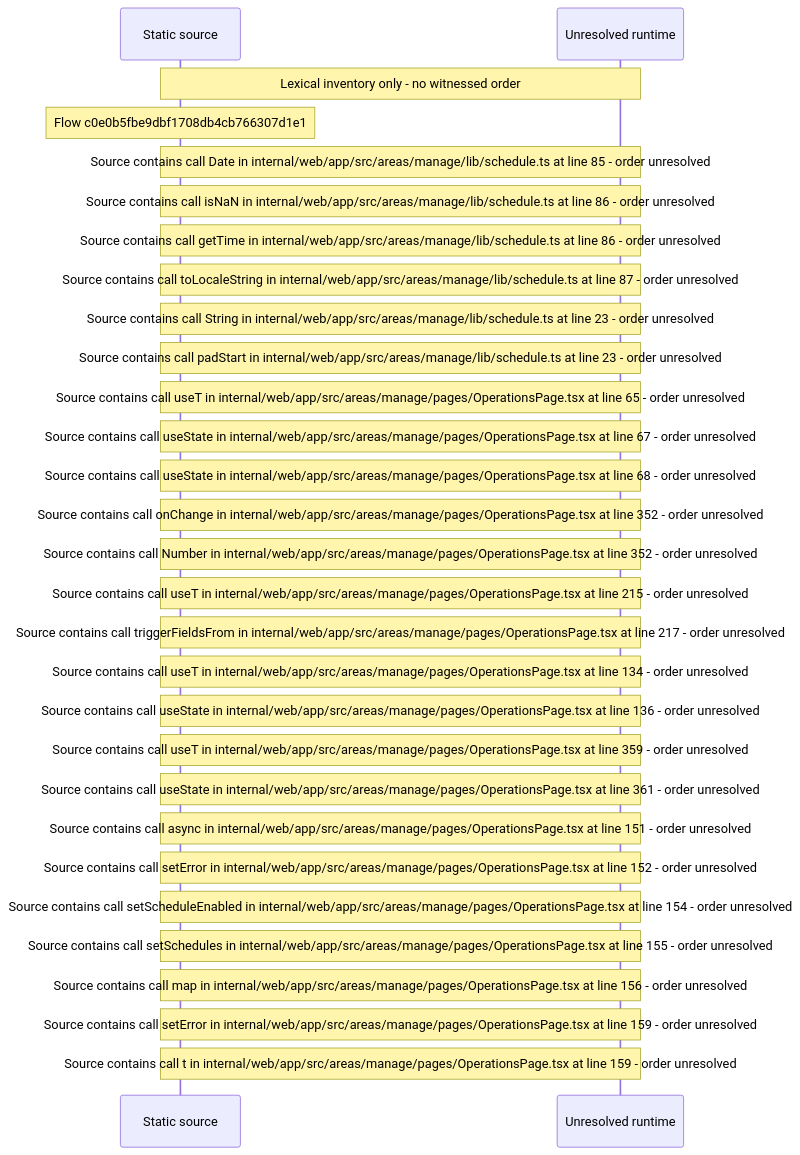
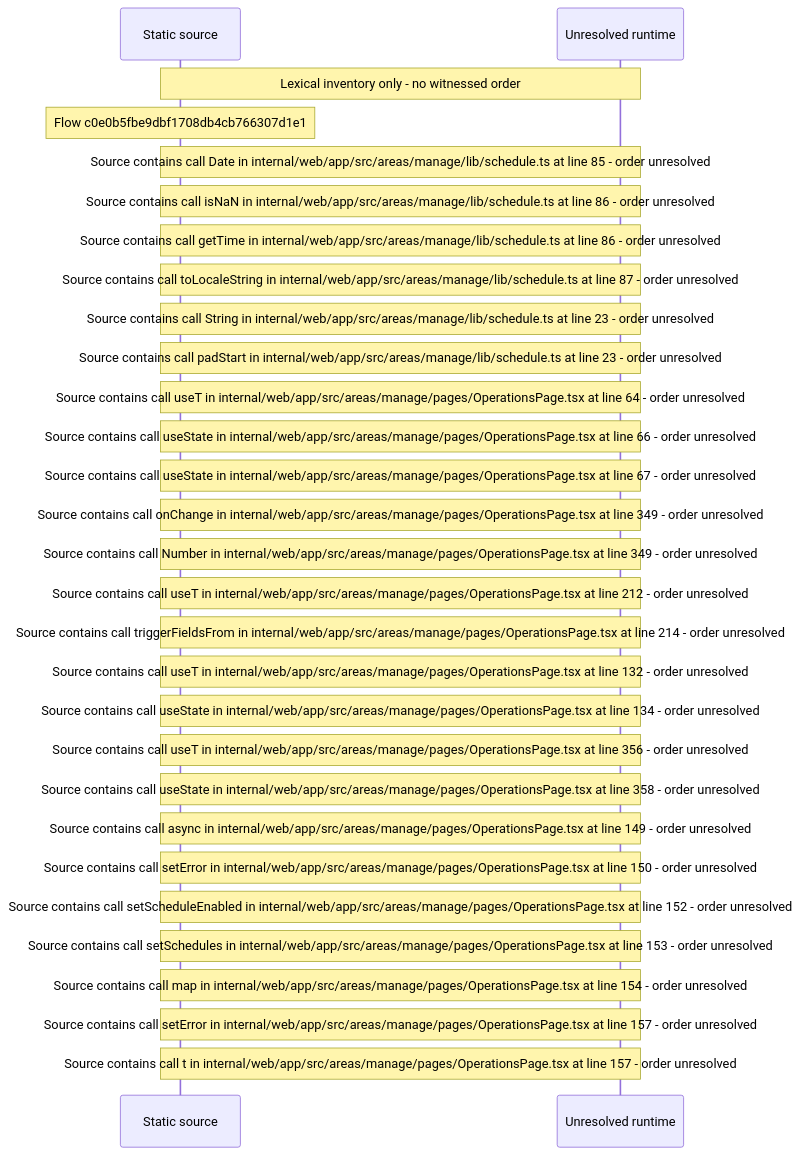
The diagram in docs/web/flows/generated/c0e0b5fbe9dbf1708db4cb766307d1e1/flow-diagram.md (beamfall/core), drawn with Mermaid before and after one commit. The commit also changed other lines of this file and 715 other files, not shown here.

First line of the commit message:
Regenerate the web flow record on main after CORE-1117

````diff
--- a/docs/web/flows/generated/c0e0b5fbe9dbf1708db4cb766307d1e1/flow-diagram.md
+++ b/docs/web/flows/generated/c0e0b5fbe9dbf1708db4cb766307d1e1/flow-diagram.md
@@ -10,31 +10,31 @@
 ```mermaid
 sequenceDiagram
     participant S as Static source
     participant U as Unresolved runtime
     Note over S,U: Lexical inventory only - no witnessed order
     Note over S: Flow c0e0b5fbe9dbf1708db4cb766307d1e1
     Note over S,U: Source contains call Date in internal/web/app/src/areas/manage/lib/schedule.ts at line 85 - order unresolved
     Note over S,U: Source contains call isNaN in internal/web/app/src/areas/manage/lib/schedule.ts at line 86 - order unresolved
     Note over S,U: Source contains call getTime in internal/web/app/src/areas/manage/lib/schedule.ts at line 86 - order unresolved
     Note over S,U: Source contains call toLocaleString in internal/web/app/src/areas/manage/lib/schedule.ts at line 87 - order unresolved
     Note over S,U: Source contains call String in internal/web/app/src/areas/manage/lib/schedule.ts at line 23 - order unresolved
     Note over S,U: Source contains call padStart in internal/web/app/src/areas/manage/lib/schedule.ts at line 23 - order unresolved
-    Note over S,U: Source contains call useT in internal/web/app/src/areas/manage/pages/OperationsPage.tsx at line 65 - order unresolved
+    Note over S,U: Source contains call useT in internal/web/app/src/areas/manage/pages/OperationsPage.tsx at line 64 - order unresolved
+    Note over S,U: Source contains call useState in internal/web/app/src/areas/manage/pages/OperationsPage.tsx at line 66 - order unresolved
     Note over S,U: Source contains call useState in internal/web/app/src/areas/manage/pages/OperationsPage.tsx at line 67 - order unresolved
-    Note over S,U: Source contains call useState in internal/web/app/src/areas/manage/pages/OperationsPage.tsx at line 68 - order unresolved
-    Note over S,U: Source contains call onChange in internal/web/app/src/areas/manage/pages/OperationsPage.tsx at line 352 - order unresolved
-    Note over S,U: Source contains call Number in internal/web/app/src/areas/manage/pages/OperationsPage.tsx at line 352 - order unresolved
-    Note over S,U: Source contains call useT in internal/web/app/src/areas/manage/pages/OperationsPage.tsx at line 215 - order unresolved
-    Note over S,U: Source contains call triggerFieldsFrom in internal/web/app/src/areas/manage/pages/OperationsPage.tsx at line 217 - order unresolved
-    Note over S,U: Source contains call useT in internal/web/app/src/areas/manage/pages/OperationsPage.tsx at line 134 - order unresolved
-    Note over S,U: Source contains call useState in internal/web/app/src/areas/manage/pages/OperationsPage.tsx at line 136 - order unresolved
-    Note over S,U: Source contains call useT in internal/web/app/src/areas/manage/pages/OperationsPage.tsx at line 359 - order unresolved
-    Note over S,U: Source contains call useState in internal/web/app/src/areas/manage/pages/OperationsPage.tsx at line 361 - order unresolved
-    Note over S,U: Source contains call async in internal/web/app/src/areas/manage/pages/OperationsPage.tsx at line 151 - order unresolved
-    Note over S,U: Source contains call setError in internal/web/app/src/areas/manage/pages/OperationsPage.tsx at line 152 - order unresolved
-    Note over S,U: Source contains call setScheduleEnabled in internal/web/app/src/areas/manage/pages/OperationsPage.tsx at line 154 - order unresolved
-    Note over S,U: Source contains call setSchedules in internal/web/app/src/areas/manage/pages/OperationsPage.tsx at line 155 - order unresolved
-    Note over S,U: Source contains call map in internal/web/app/src/areas/manage/pages/OperationsPage.tsx at line 156 - order unresolved
-    Note over S,U: Source contains call setError in internal/web/app/src/areas/manage/pages/OperationsPage.tsx at line 159 - order unresolved
-    Note over S,U: Source contains call t in internal/web/app/src/areas/manage/pages/OperationsPage.tsx at line 159 - order unresolved
+    Note over S,U: Source contains call onChange in internal/web/app/src/areas/manage/pages/OperationsPage.tsx at line 349 - order unresolved
+    Note over S,U: Source contains call Number in internal/web/app/src/areas/manage/pages/OperationsPage.tsx at line 349 - order unresolved
+    Note over S,U: Source contains call useT in internal/web/app/src/areas/manage/pages/OperationsPage.tsx at line 212 - order unresolved
+    Note over S,U: Source contains call triggerFieldsFrom in internal/web/app/src/areas/manage/pages/OperationsPage.tsx at line 214 - order unresolved
+    Note over S,U: Source contains call useT in internal/web/app/src/areas/manage/pages/OperationsPage.tsx at line 132 - order unresolved
+    Note over S,U: Source contains call useState in internal/web/app/src/areas/manage/pages/OperationsPage.tsx at line 134 - order unresolved
+    Note over S,U: Source contains call useT in internal/web/app/src/areas/manage/pages/OperationsPage.tsx at line 356 - order unresolved
+    Note over S,U: Source contains call useState in internal/web/app/src/areas/manage/pages/OperationsPage.tsx at line 358 - order unresolved
+    Note over S,U: Source contains call async in internal/web/app/src/areas/manage/pages/OperationsPage.tsx at line 149 - order unresolved
+    Note over S,U: Source contains call setError in internal/web/app/src/areas/manage/pages/OperationsPage.tsx at line 150 - order unresolved
+    Note over S,U: Source contains call setScheduleEnabled in internal/web/app/src/areas/manage/pages/OperationsPage.tsx at line 152 - order unresolved
+    Note over S,U: Source contains call setSchedules in internal/web/app/src/areas/manage/pages/OperationsPage.tsx at line 153 - order unresolved
+    Note over S,U: Source contains call map in internal/web/app/src/areas/manage/pages/OperationsPage.tsx at line 154 - order unresolved
+    Note over S,U: Source contains call setError in internal/web/app/src/areas/manage/pages/OperationsPage.tsx at line 157 - order unresolved
+    Note over S,U: Source contains call t in internal/web/app/src/areas/manage/pages/OperationsPage.tsx at line 157 - order unresolved
 ```
````
